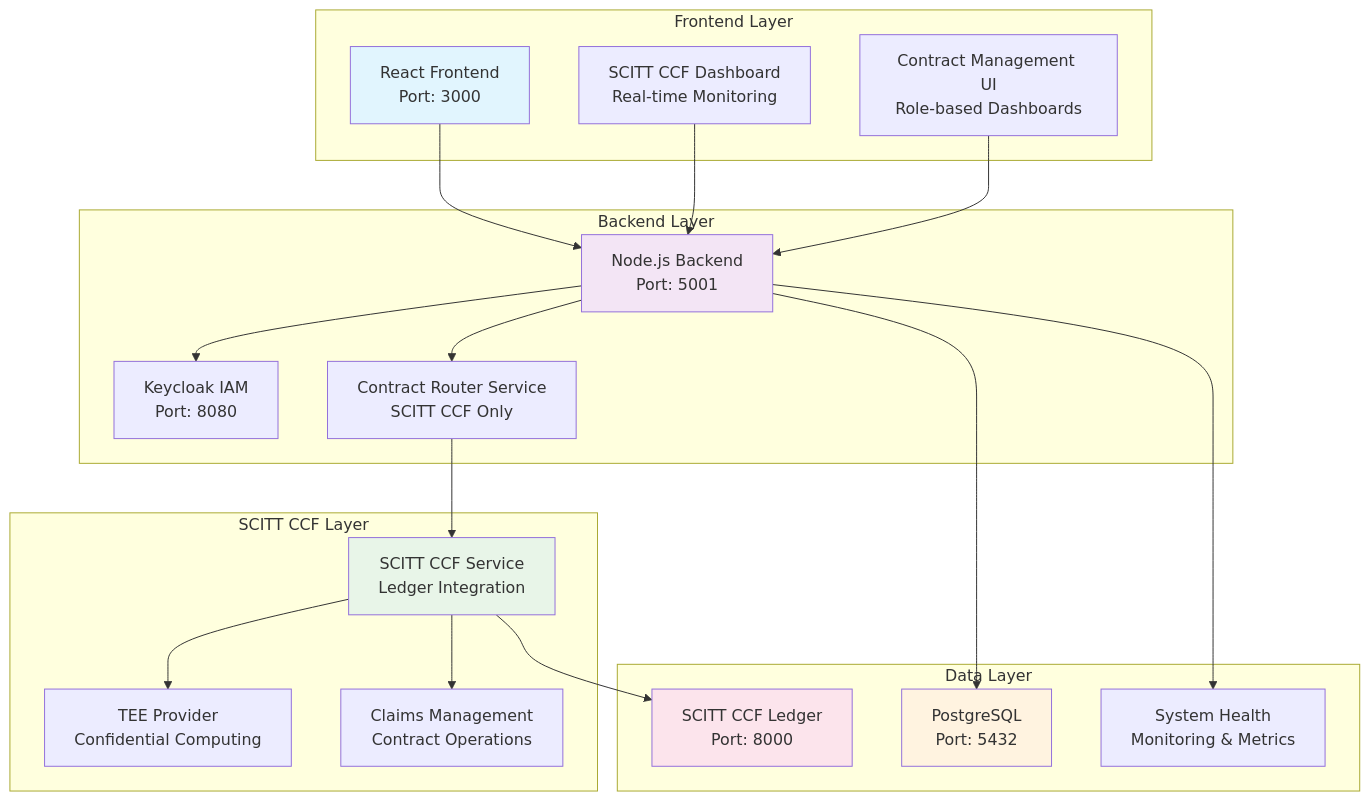
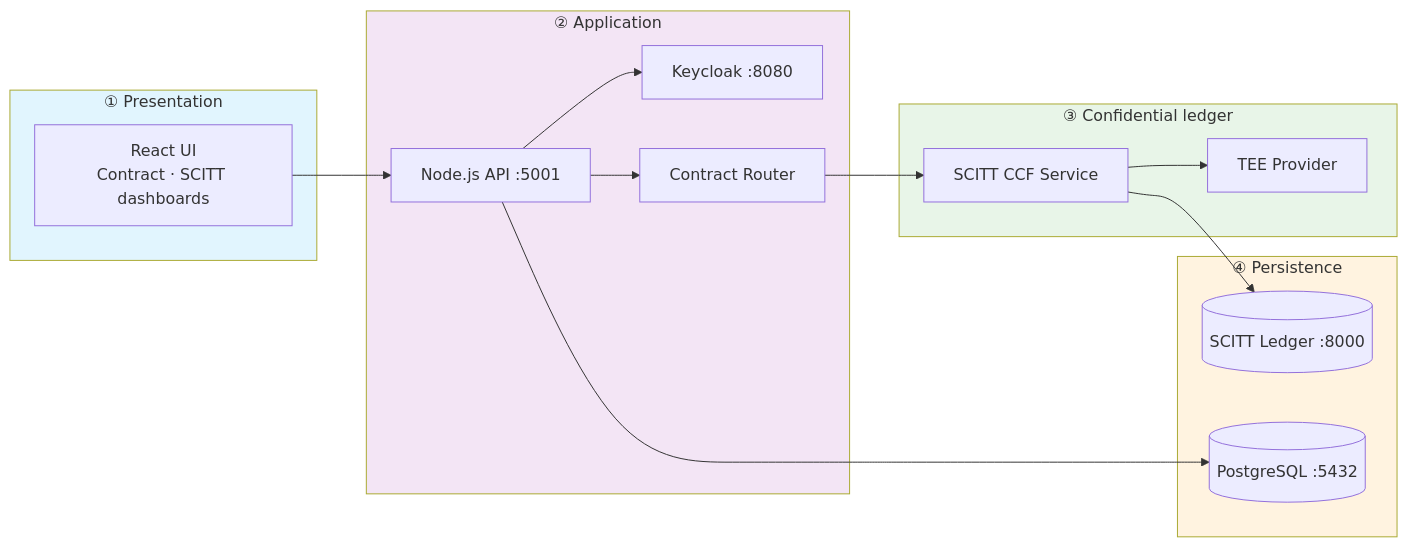
The first of 12 diagrams in README.md (gitmujoshi/Confidential-AI-Network), drawn with Mermaid before and after one commit. The commit also changed other lines of this file, not shown here.

First line of the commit message:
docs: refactor README architecture diagrams into focused chunks

````diff
--- a/README.md
+++ b/README.md
@@ -9,44 +11,33 @@
 ```mermaid
-graph TB
-    subgraph "Frontend Layer"
-        A[React Frontend<br/>Port: 3000]
-        B[SCITT CCF Dashboard<br/>Real-time Monitoring]
-        C[Contract Management UI<br/>Role-based Dashboards]
-    end
-    
-    subgraph "Backend Layer"
-        D[Node.js Backend<br/>Port: 5001]
-        E[Keycloak IAM<br/>Port: 8080]
-        F[Contract Router Service<br/>SCITT CCF Only]
-    end
-    
-    subgraph "SCITT CCF Layer"
-        G[SCITT CCF Service<br/>Ledger Integration]
-        H[TEE Provider<br/>Confidential Computing]
-        I[Claims Management<br/>Contract Operations]
-    end
-    
-    subgraph "Data Layer"
-        J[PostgreSQL<br/>Port: 5432]
-        K[SCITT CCF Ledger<br/>Port: 8000]
-        L[System Health<br/>Monitoring & Metrics]
-    end
-    
-    A --> D
-    B --> D
-    C --> D
-    D --> E
-    D --> F
-    F --> G
-    G --> H
-    G --> I
-    G --> K
-    D --> J
-    D --> L
-    
-    style A fill:#e1f5fe
-    style D fill:#f3e5f5
-    style G fill:#e8f5e8
-    style J fill:#fff3e0
-    style K fill:#fce4ec
+flowchart LR
+  subgraph L1["① Presentation"]
+    UI[React UI<br/>Contract · SCITT dashboards]
+  end
+
+  subgraph L2["② Application"]
+    API[Node.js API :5001]
+    IAM[Keycloak :8080]
+    Router[Contract Router]
+  end
+
+  subgraph L3["③ Confidential ledger"]
+    SCITT[SCITT CCF Service]
+    TEE[TEE Provider]
+  end
+
+  subgraph L4["④ Persistence"]
+    DB[(PostgreSQL :5432)]
+    Ledger[(SCITT Ledger :8000)]
+  end
+
+  UI --> API
+  API --> IAM
+  API --> Router --> SCITT --> TEE
+  SCITT --> Ledger
+  API --> DB
+
+  style L1 fill:#e1f5fe
+  style L2 fill:#f3e5f5
+  style L3 fill:#e8f5e8
+  style L4 fill:#fff3e0
 ```
````
